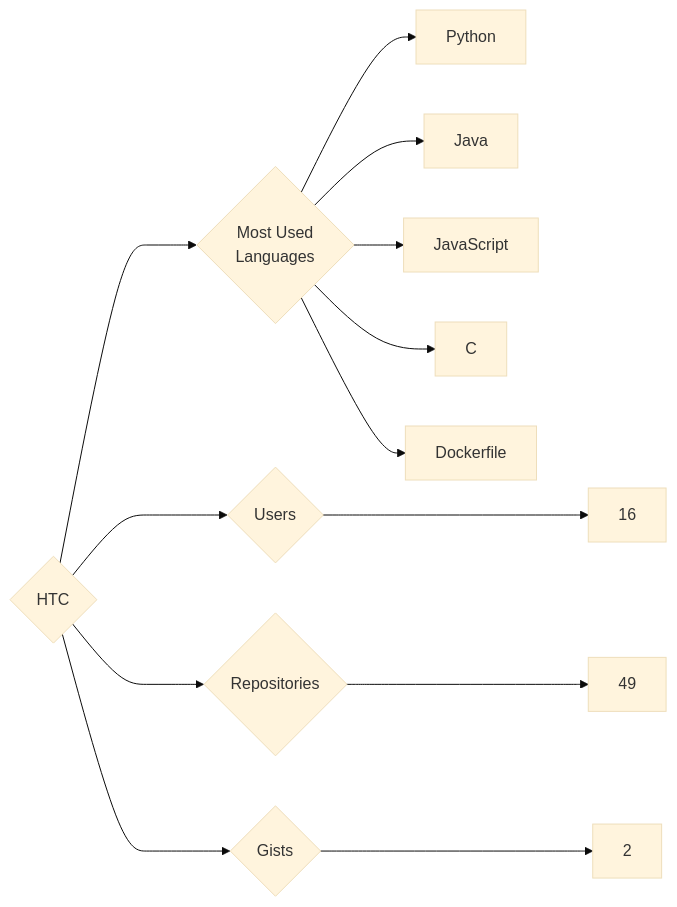
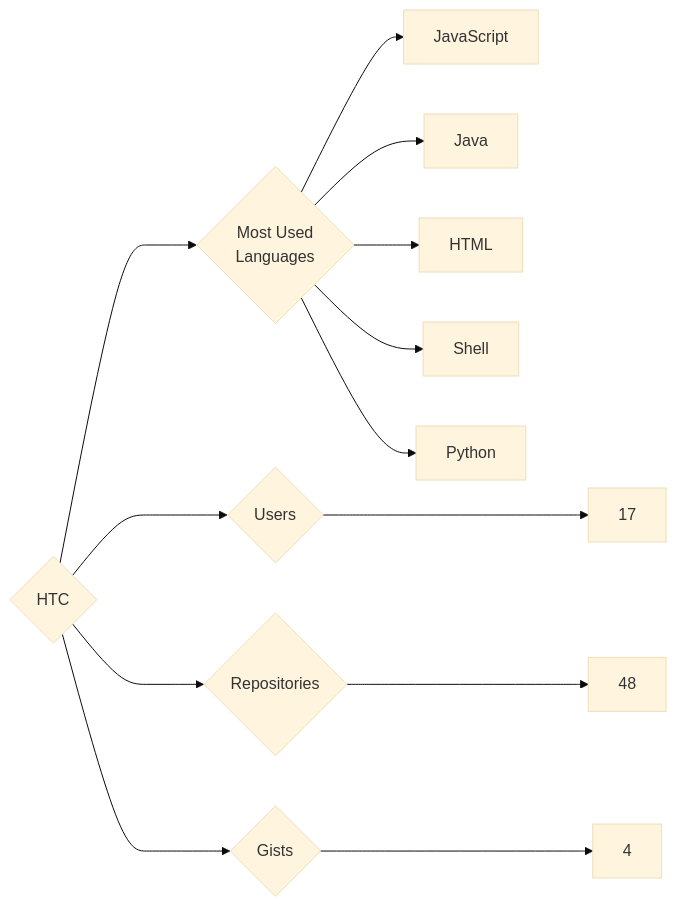
Before and after one commit to trickest/insiders: the diagram in targets/HTC/README.md, drawn with Mermaid (base theme). The commit also changed 894 other files, not shown here.

````diff
--- a/targets/HTC/README.md
+++ b/targets/HTC/README.md
@@ -3,13 +3,13 @@
 ```mermaid
 graph LR
 COMPANY_NAME{HTC}
-COMPANY_NAME ---> U{Users} ---> UN[16]
-COMPANY_NAME ---> R{Repositories} ---> RN[49]
-COMPANY_NAME ---> G{Gists} ---> GN[2]
+COMPANY_NAME ---> U{Users} ---> UN[17]
+COMPANY_NAME ---> R{Repositories} ---> RN[48]
+COMPANY_NAME ---> G{Gists} ---> GN[4]
 COMPANY_NAME ---> ML{Most Used<br>Languages}
+ML --> JavaScript[JavaScript]
+ML --> Java[Java]
+ML --> HTML[HTML]
+ML --> Shell[Shell]
 ML --> Python[Python]
-ML --> Java[Java]
-ML --> JavaScript[JavaScript]
-ML --> C[C]
-ML --> Dockerfile[Dockerfile]
 ```
````
